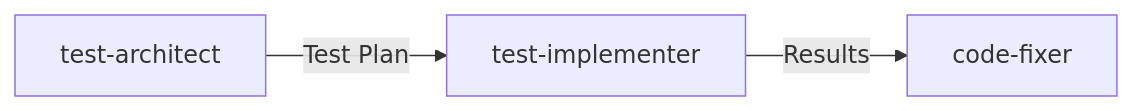
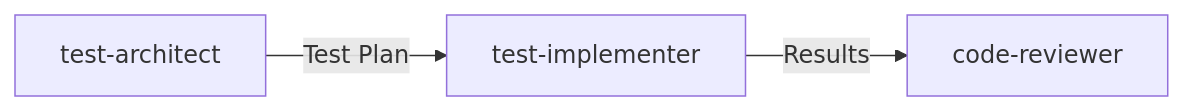
The third of 3 diagrams in README.md (mudspot/prometheus-agents), drawn with Mermaid before and after one commit. The commit also changed other lines of this file and 8 other files, not shown here.

First line of the commit message:
Release v0.4.1: Rename code-fixer to code-reviewer

````diff
--- a/README.md
+++ b/README.md
@@ -183,5 +183,5 @@
 ```mermaid
 graph LR
     A[test-architect] -->|Test Plan| B[test-implementer]
-    B -->|Results| C[code-fixer]
+    B -->|Results| C[code-reviewer]
 ```
````
